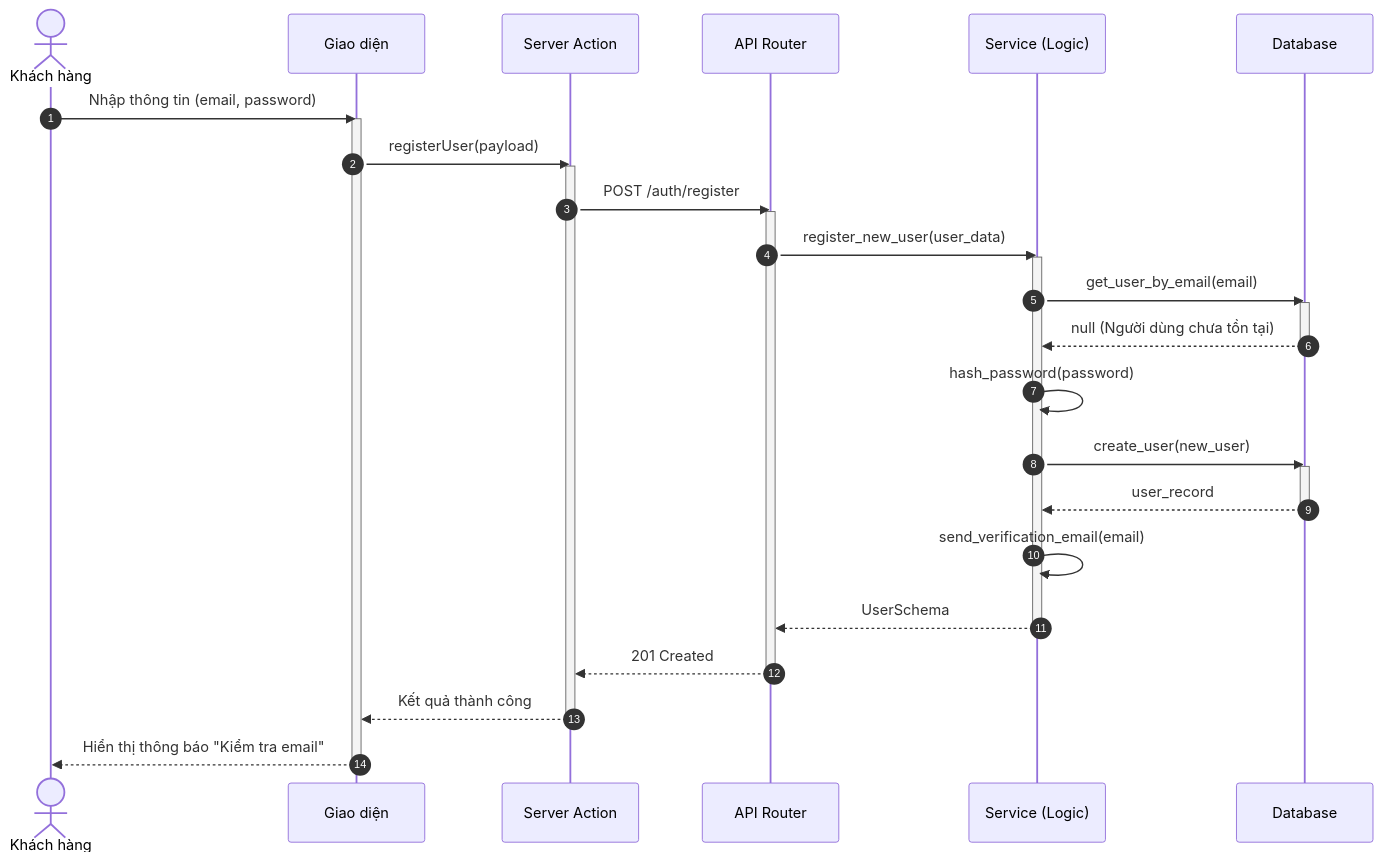
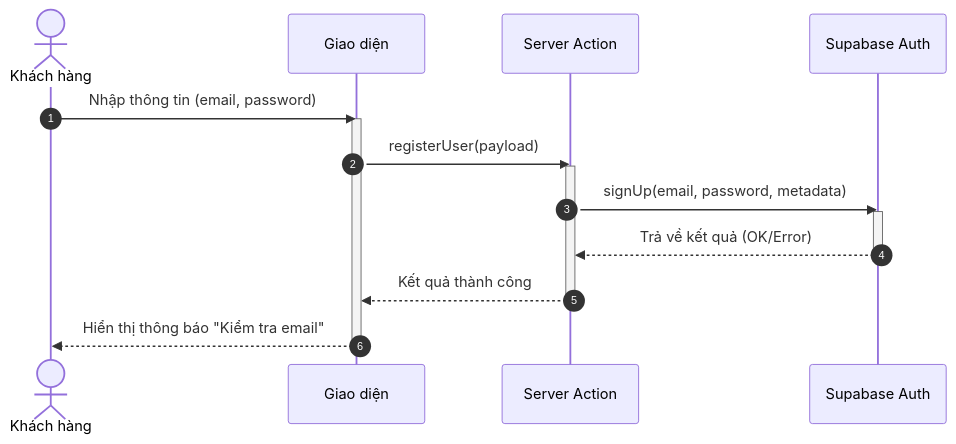
Before and after one commit to ngoctinn/Synapse: the first of 8 diagrams in docs/design/sequences/authentication.md, drawn with Mermaid. The commit also changed other lines of this file and 4 other files, not shown here.

Commit message:
docs: Add initial sequence diagrams for authentication, admin, customer, receptionist, and technician flows.

````diff
--- a/docs/design/sequences/authentication.md
+++ b/docs/design/sequences/authentication.md
@@ -28,47 +29,24 @@
 ```mermaid
 sequenceDiagram
     autonumber
     actor KH as Khách hàng
     participant UI as Giao diện
     participant BFF as Server Action
-    participant API as API Router
-    participant S as Service (Logic)
-    participant DB as Database
+    participant SUPA as Supabase Auth
 
     KH->>UI: Nhập thông tin (email, password)
     activate UI
     UI->>BFF: registerUser(payload)
     activate BFF
 
-    BFF->>API: POST /auth/register
-    activate API
-
-    API->>S: register_new_user(user_data)
-    activate S
-
-    S->>DB: get_user_by_email(email)
-    activate DB
-    DB-->>S: null (Người dùng chưa tồn tại)
-    deactivate DB
-
-    S->>S: hash_password(password)
-
-    S->>DB: create_user(new_user)
-    activate DB
-    DB-->>S: user_record
-    deactivate DB
-
-    S->>S: send_verification_email(email)
-
-    S-->>API: UserSchema
-    deactivate S
-
-    API-->>BFF: 201 Created
-    deactivate API
+    BFF->>SUPA: signUp(email, password, metadata)
+    activate SUPA
+    SUPA-->>BFF: Trả về kết quả (OK/Error)
+    deactivate SUPA
 
     BFF-->>UI: Kết quả thành công
     deactivate BFF
 
     UI-->>KH: Hiển thị thông báo "Kiểm tra email"
     deactivate UI
 ```
````
